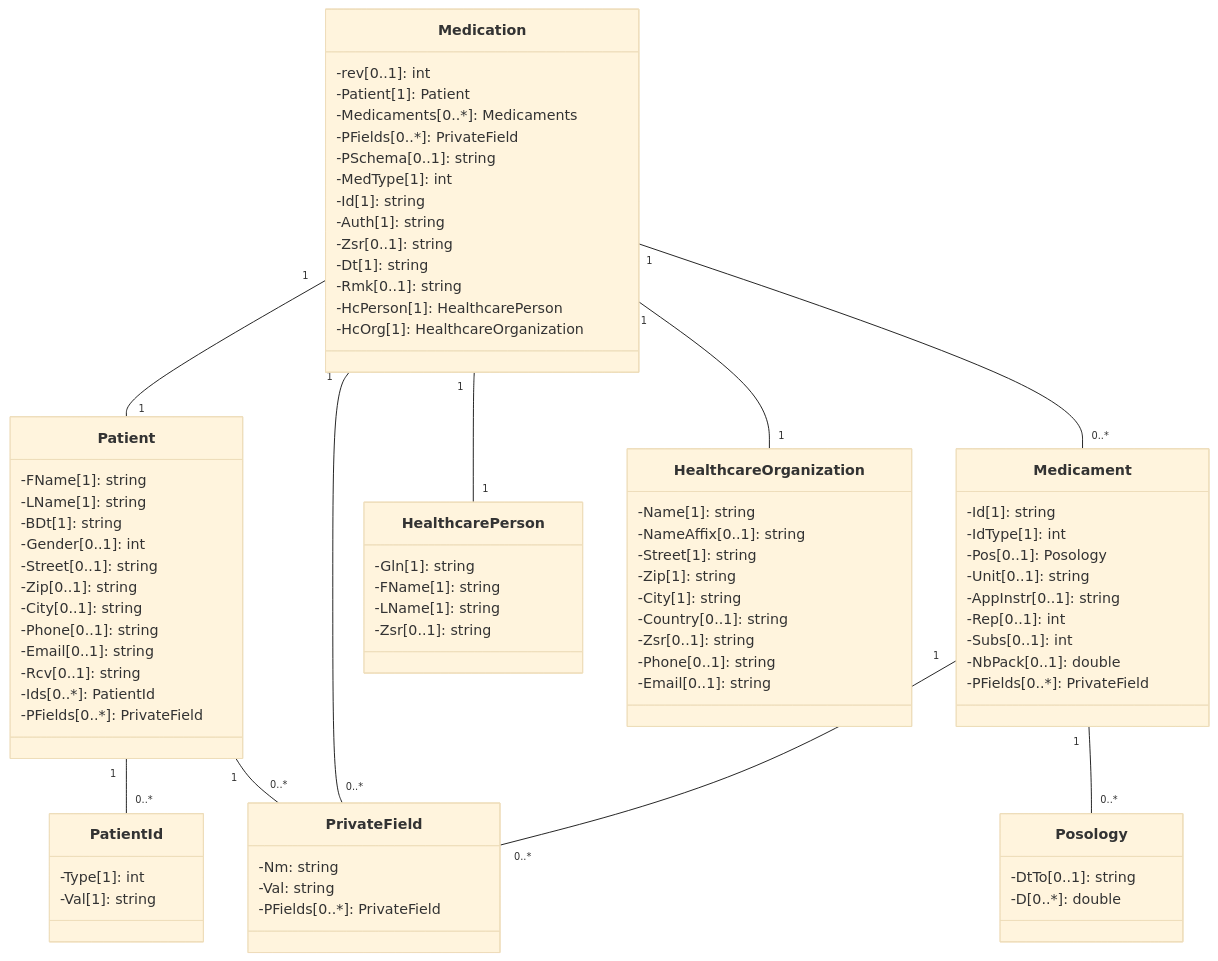
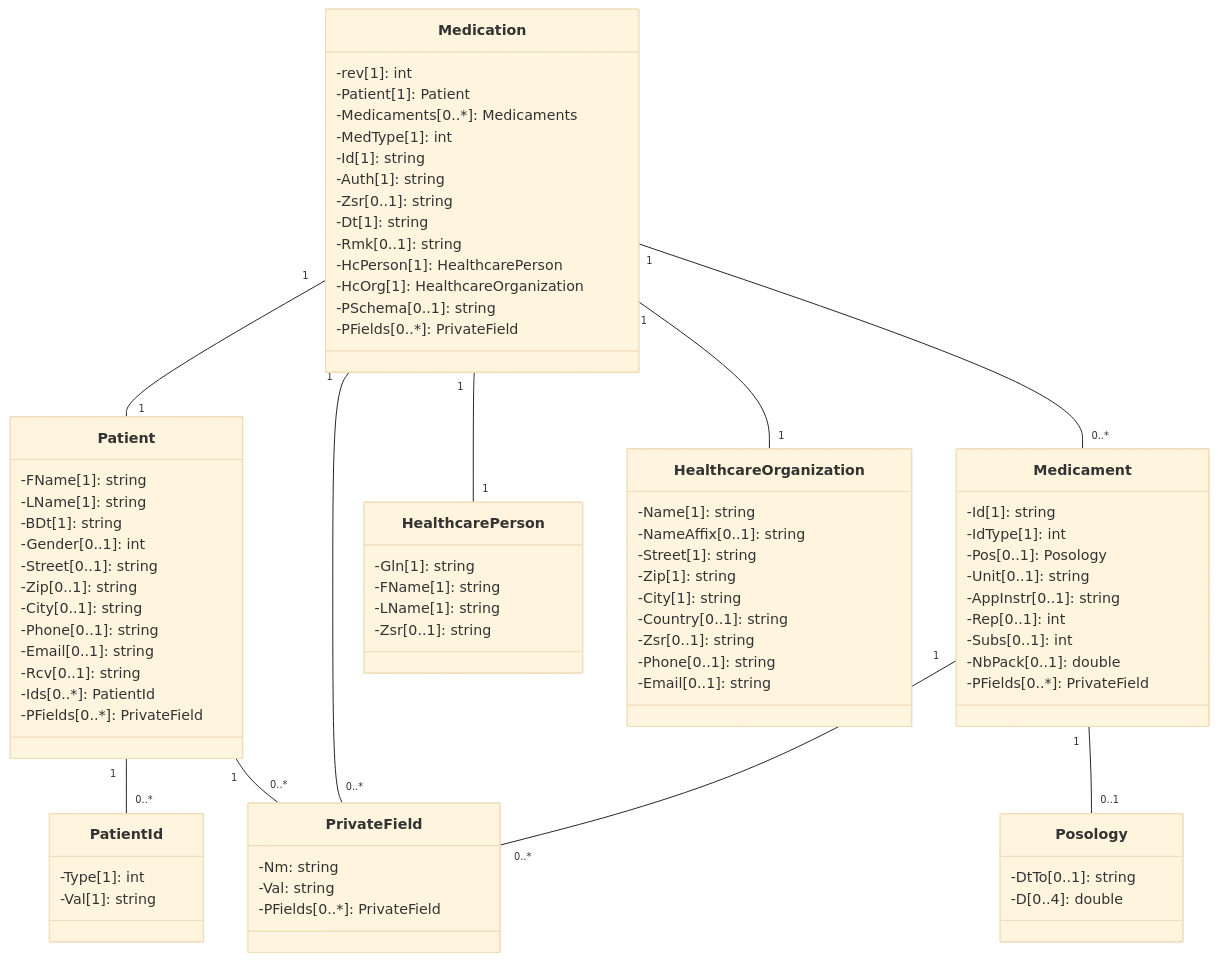
The diagram in chmed16a/prescription.md (ig-emediplan/specification), drawn with Mermaid (base theme) before and after one commit. The commit also changed other lines of this file, not shown here.

````diff
--- a/chmed16a/prescription.md
+++ b/chmed16a/prescription.md
@@ -121,11 +120,9 @@
     }
 
     class Medication {
-        -rev[0..1]: int
+        -rev[1]: int
         -Patient[1]: Patient
         -Medicaments[0..*]: Medicaments
-        -PFields[0..*]: PrivateField
-        -PSchema[0..1]: string
         -MedType[1]: int
         -Id[1]: string
         -Auth[1]: string
@@ -134,6 +131,8 @@
         -Rmk[0..1]: string
         -HcPerson[1]: HealthcarePerson
         -HcOrg[1]: HealthcareOrganization
+        -PSchema[0..1]: string
+        -PFields[0..*]: PrivateField
     }
 
     class Medicament {
@@ -150,7 +149,7 @@
 
     class Posology {
         -DtTo[0..1]: string
-        -D[0..*]: double
+        -D[0..4]: double
     }
 
     class HealthcarePerson {
@@ -179,6 +178,6 @@
     Medication "1" -- "1" HealthcareOrganization
     Medication "1" -- "0..*" Medicament
     Medication "1" -- "0..*" PrivateField
-    Medicament "1" -- "0..*" Posology
+    Medicament "1" -- "0..1" Posology
     Medicament "1" -- "0..*" PrivateField
 ```
````
